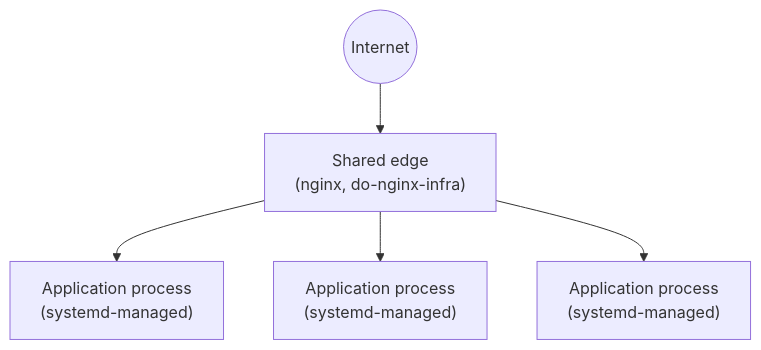
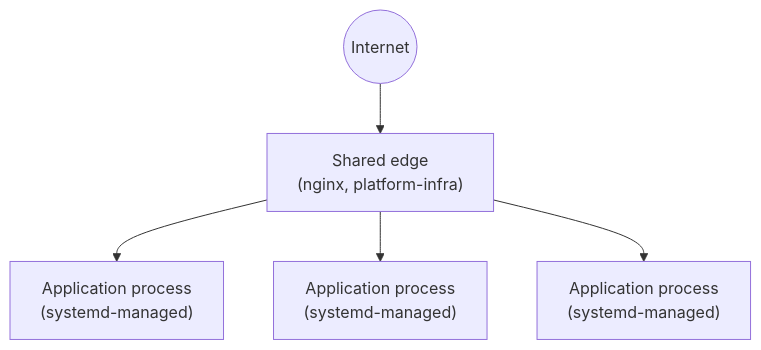
The diagram in docs/diagrams/INF-010-target-infrastructure-topology.mmd (Socx-Org/socx-platform), drawn with Mermaid before and after one commit. The commit also changed 14 other files, not shown here.

First line of the commit message:
#2 docs(architecture): establish Architecture Documentation structure

```diff
--- a/docs/diagrams/INF-010-target-infrastructure-topology.mmd
+++ b/docs/diagrams/INF-010-target-infrastructure-topology.mmd
@@ -1,5 +1,5 @@
 flowchart TB
-    internet(("Internet")) --> edge["Shared edge\n(nginx, do-nginx-infra)"]
+    internet(("Internet")) --> edge["Shared edge\n(nginx, platform-infra)"]
     edge --> svcA["Application process\n(systemd-managed)"]
     edge --> svcB["Application process\n(systemd-managed)"]
     edge --> svcC["Application process\n(systemd-managed)"]
```
